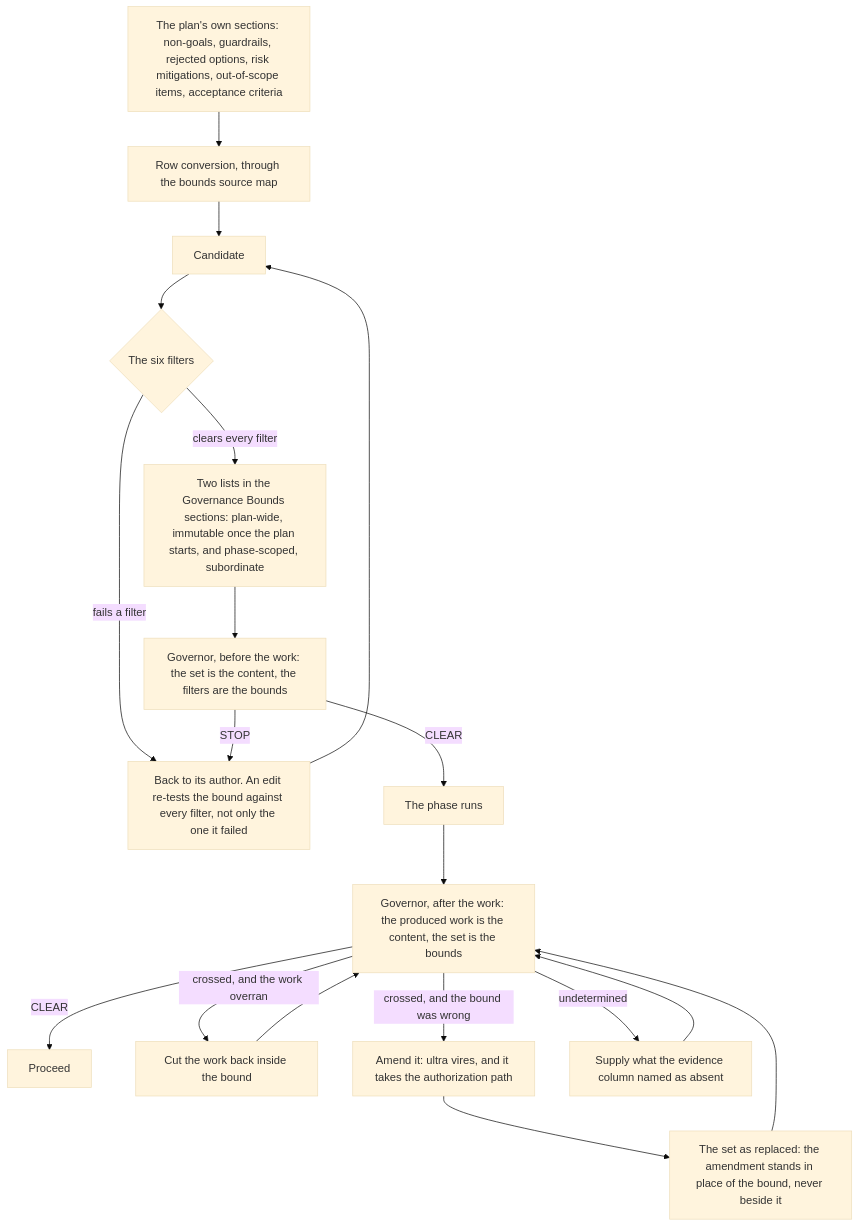
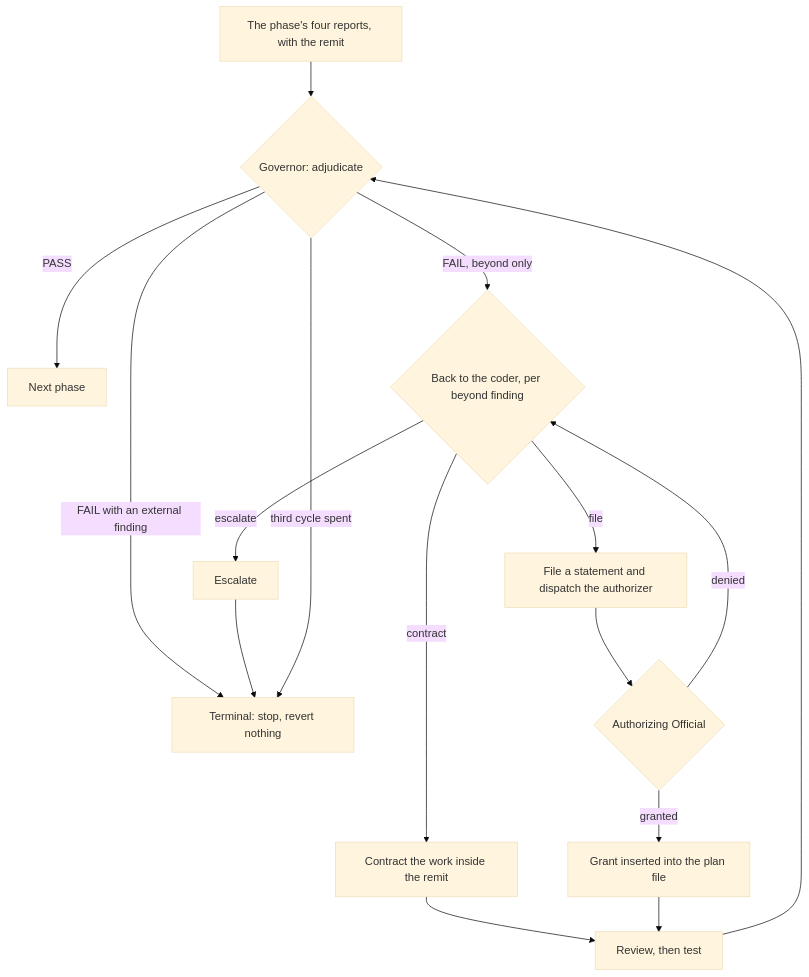
The first of 2 diagrams in docs/governance.md (EricBLivingston/corpus-iuris), drawn with Mermaid (base theme) before and after one commit. The commit also changed other lines of this file and 58 other files, not shown here.

````diff
--- a/docs/governance.md
+++ b/docs/governance.md
@@ -78,34 +48,30 @@
 ```mermaid
 flowchart TD
-  SRC["The plan's own sections: non-goals, guardrails, rejected options, risk mitigations, out-of-scope items, acceptance criteria"]
-  CONV["Row conversion, through the bounds source map"]
-  CAND["Candidate"]
-  FILT{"The six filters"}
-  AUTHOR["Back to its author. An edit re-tests the bound against every filter, not only the one it failed"]
-  LISTS["Two lists in the Governance Bounds sections: plan-wide, immutable once the plan starts, and phase-scoped, subordinate"]
-  G1["Governor, before the work: the set is the content, the filters are the bounds"]
-  WORK["The phase runs"]
-  G2["Governor, after the work: the produced work is the content, the set is the bounds"]
-  OK["Proceed"]
-  CUT["Cut the work back inside the bound"]
-  AMEND["Amend it: ultra vires, and it takes the authorization path"]
-  REPL["The set as replaced: the amendment stands in place of the bound, never beside it"]
-  MISS["Supply what the evidence column named as absent"]
+  REPORTS["The phase's four reports, with the remit"]
+  GOV{"Governor: adjudicate"}
+  NEXT["Next phase"]
+  TERM["Terminal: stop, revert nothing"]
+  CODER{"Back to the coder, per beyond finding"}
+  CONTRACT["Contract the work inside the remit"]
+  FILE["File a statement and dispatch the authorizer"]
+  ESC["Escalate"]
+  AUTH{"Authorizing Official"}
+  GRANT["Grant inserted into the plan file"]
+  RERUN["Review, then test"]
 
-  SRC --> CONV --> CAND --> FILT
-  FILT -->|"fails a filter"| AUTHOR
-  AUTHOR --> CAND
-  FILT -->|"clears every filter"| LISTS
-  LISTS --> G1
-  G1 -->|"STOP"| AUTHOR
-  G1 -->|"CLEAR"| WORK
-  WORK --> G2
-  G2 -->|"CLEAR"| OK
-  G2 -->|"crossed, and the work overran"| CUT
-  G2 -->|"crossed, and the bound was wrong"| AMEND
-  G2 -->|"undetermined"| MISS
-  CUT --> G2
-  AMEND --> REPL
-  REPL --> G2
-  MISS --> G2
+  REPORTS --> GOV
+  GOV -->|"PASS"| NEXT
+  GOV -->|"FAIL with an external finding"| TERM
+  GOV -->|"FAIL, beyond only"| CODER
+  CODER -->|"contract"| CONTRACT
+  CODER -->|"file"| FILE
+  CODER -->|"escalate"| ESC
+  FILE --> AUTH
+  AUTH -->|"granted"| GRANT
+  AUTH -->|"denied"| CODER
+  ESC --> TERM
+  CONTRACT --> RERUN
+  GRANT --> RERUN
+  RERUN --> GOV
+  GOV -->|"third cycle spent"| TERM
 ```
````
